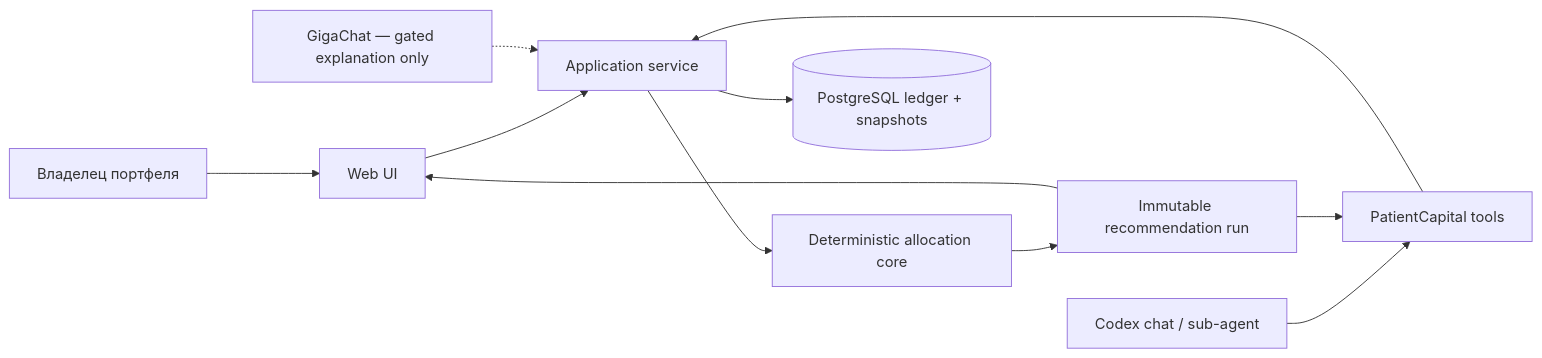
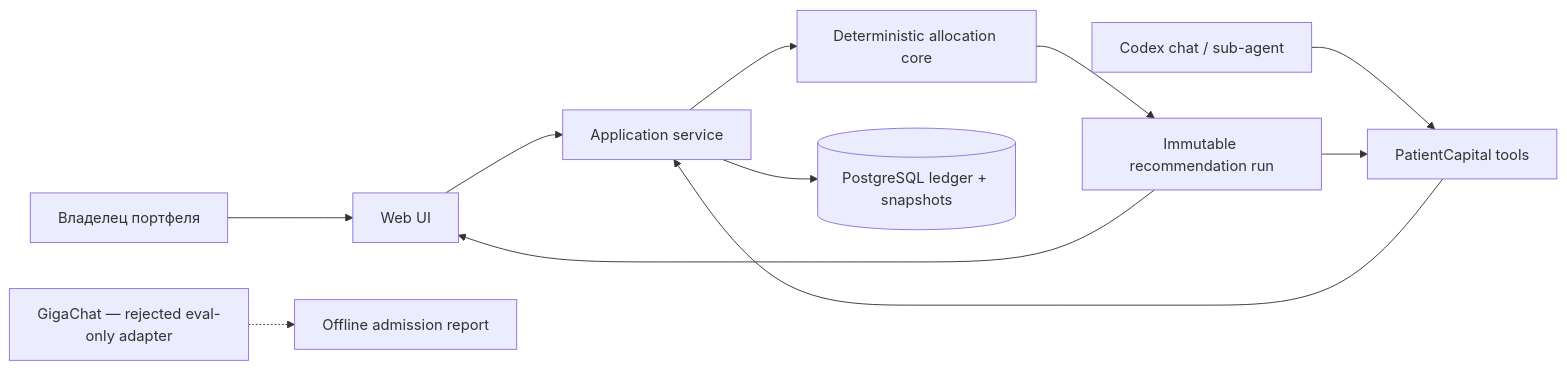
The first of 2 diagrams in docs/ARCHITECTURE.md (TBWTK/PatientCapital), drawn with Mermaid before and after one commit. The commit also changed other lines of this file and 18 other files, not shown here.

Commit message:
feat: gate gigachat with live admission eval

````diff
--- a/docs/ARCHITECTURE.md
+++ b/docs/ARCHITECTURE.md
@@ -100,13 +100,13 @@
 ```mermaid
 flowchart LR
   User["Владелец портфеля"] --> Web["Web UI"]
   Codex["Codex chat / sub-agent"] --> Tools["PatientCapital tools"]
   Web --> App["Application service"]
   Tools --> App
   App --> Core["Deterministic allocation core"]
   App --> DB[("PostgreSQL ledger + snapshots")]
   Core --> Run["Immutable recommendation run"]
   Run --> Web
   Run --> Tools
-  Giga["GigaChat — gated explanation only"] -.-> App
+  Giga["GigaChat — rejected eval-only adapter"] -.-> Gate["Offline admission report"]
 ```
````
